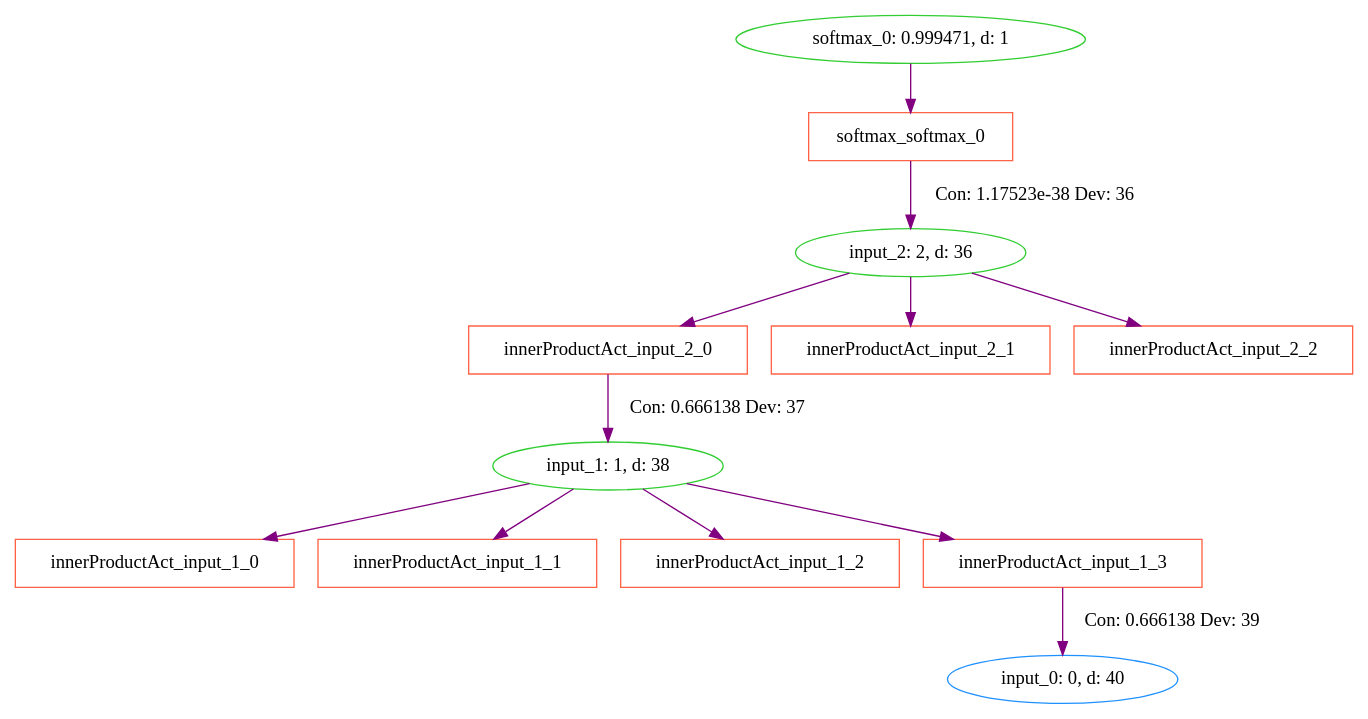
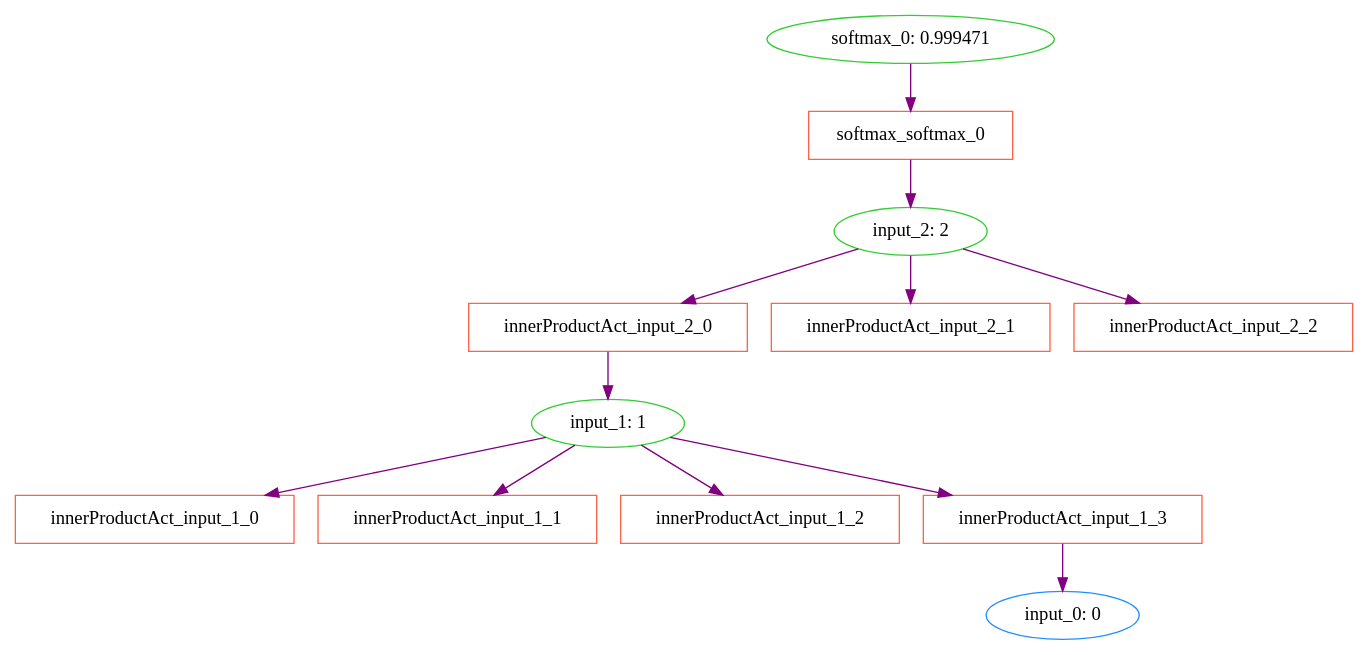
The diagram in data/iris/cprov/test2-softmax_0-approx.dot (milliondegree/PXAI), drawn with Graphviz before and after one commit. The commit also changed 15 other files, not shown here.

```diff
--- a/data/iris/cprov/test2-softmax_0-approx.dot
+++ b/data/iris/cprov/test2-softmax_0-approx.dot
@@ -1,36 +1,36 @@
 digraph G {
-0 [label="softmax_0: 0.999471, d: 1", shape=oval, color=limegreen];
+0 [label="softmax_0: 0.999471", shape=oval, color=limegreen];
 1 [label="softmax_softmax_0", shape=box, color=tomato];
-2 [label="input_2: 2, d: 36", shape=oval, color=limegreen];
+2 [label="input_2: 2", shape=oval, color=limegreen];
 3 [label="innerProductAct_input_2_0", shape=box, color=tomato];
-4 [label="input_1: 1, d: 38", shape=oval, color=limegreen];
+4 [label="input_1: 1", shape=oval, color=limegreen];
 5 [label="innerProductAct_input_1_0", shape=box, color=tomato];
 6 [label="innerProductAct_input_1_1", shape=box, color=tomato];
 7 [label="innerProductAct_input_1_2", shape=box, color=tomato];
 8 [label="innerProductAct_input_1_3", shape=box, color=tomato];
-9 [label="input_0: 0, d: 40", shape=oval, color=dodgerblue];
+9 [label="input_0: 0", shape=oval, color=dodgerblue];
 10 [label="innerProductAct_input_2_1", shape=box, color=tomato];
 11 [label="innerProductAct_input_2_2", shape=box, color=tomato];
 0->1  [color=purple]
  [label=""];
 1->2  [color=purple]
- [label="Con: 1.17523e-38 Dev: 36"];
+ [label=""];
 2->3  [color=purple]
  [label=""];
 4->5  [color=purple]
  [label=""];
 4->6  [color=purple]
  [label=""];
 4->7  [color=purple]
  [label=""];
 4->8  [color=purple]
  [label=""];
 2->10  [color=purple]
  [label=""];
 2->11  [color=purple]
  [label=""];
 3->4  [color=purple]
- [label="Con: 0.666138 Dev: 37"];
+ [label=""];
 8->9  [color=purple]
- [label="Con: 0.666138 Dev: 39"];
+ [label=""];
 }
```
